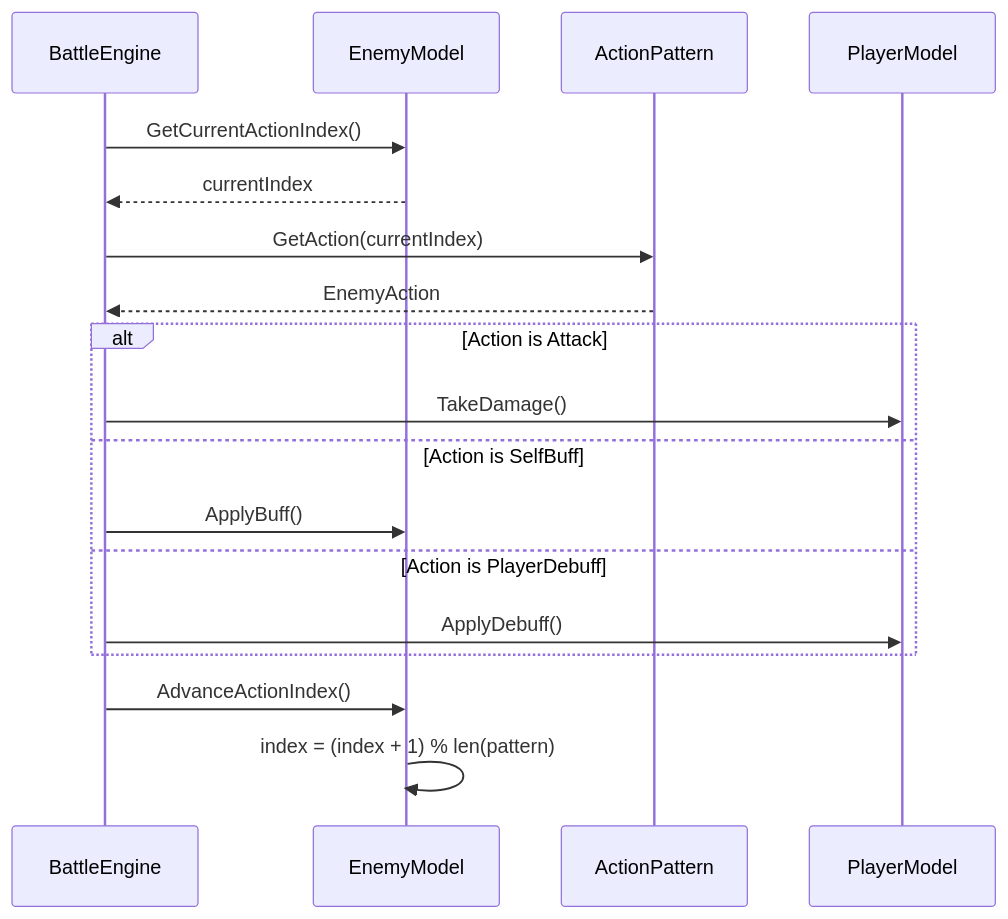
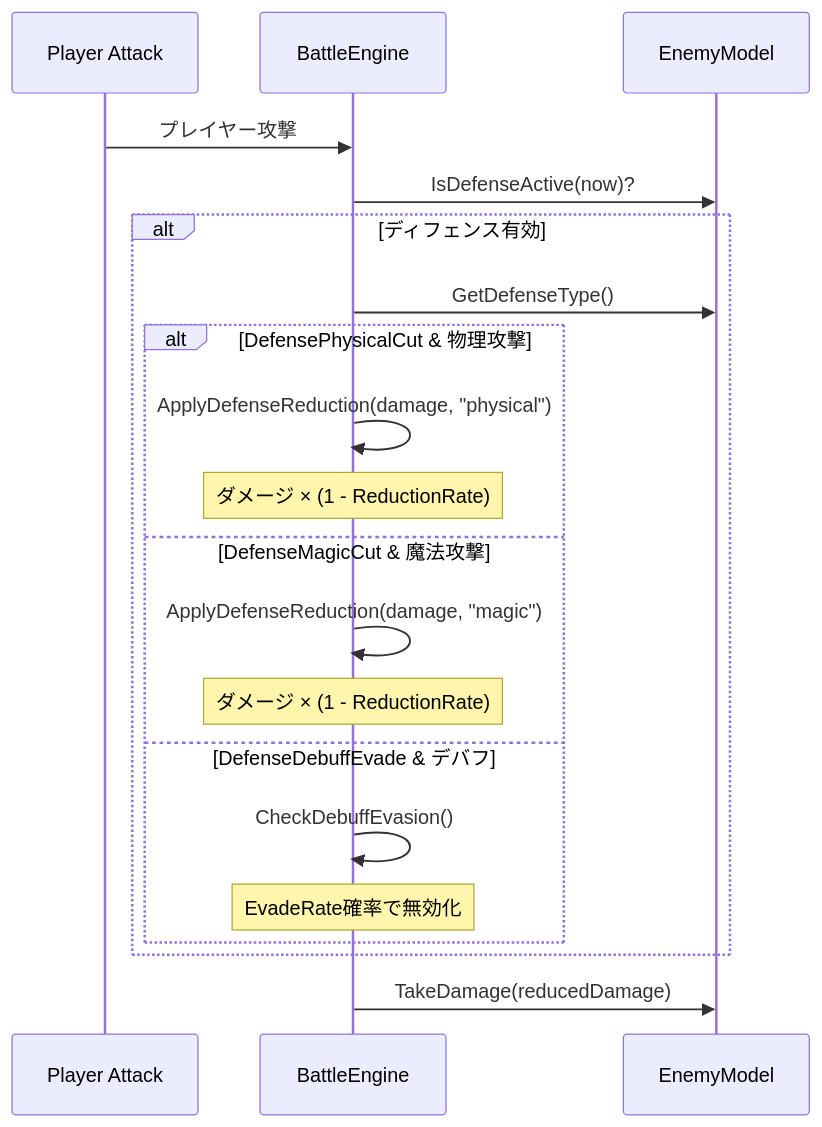
One commit to hirorocky/TypEngQuest changed the fourth of 5 diagrams in .kiro/specs/enemy-level-design/design.md. Above: the diagram before and after it, drawn with Mermaid. The commit also changed other lines of this file, not shown here.

First line of the commit message:
docs(enemy-level-design): design.md を現在の実装に合わせて更新

````diff
--- a/.kiro/specs/enemy-level-design/design.md
+++ b/.kiro/specs/enemy-level-design/design.md
@@ -120,23 +168,25 @@
 ```mermaid
 sequenceDiagram
+    participant Player as Player Attack
     participant Battle as BattleEngine
     participant Enemy as EnemyModel
-    participant Pattern as ActionPattern
-    participant Player as PlayerModel
 
-    Battle->>Enemy: GetCurrentActionIndex()
-    Enemy-->>Battle: currentIndex
-    Battle->>Pattern: GetAction(currentIndex)
-    Pattern-->>Battle: EnemyAction
+    Player->>Battle: プレイヤー攻撃
+    Battle->>Enemy: IsDefenseActive(now)?
 
-    alt Action is Attack
-        Battle->>Player: TakeDamage()
-    else Action is SelfBuff
-        Battle->>Enemy: ApplyBuff()
-    else Action is PlayerDebuff
-        Battle->>Player: ApplyDebuff()
+    alt ディフェンス有効
+        Battle->>Enemy: GetDefenseType()
+        alt DefensePhysicalCut & 物理攻撃
+            Battle->>Battle: ApplyDefenseReduction(damage, "physical")
+            Note over Battle: ダメージ × (1 - ReductionRate)
+        else DefenseMagicCut & 魔法攻撃
+            Battle->>Battle: ApplyDefenseReduction(damage, "magic")
+            Note over Battle: ダメージ × (1 - ReductionRate)
+        else DefenseDebuffEvade & デバフ
+            Battle->>Battle: CheckDebuffEvasion()
+            Note over Battle: EvadeRate確率で無効化
+        end
     end
 
-    Battle->>Enemy: AdvanceActionIndex()
-    Enemy->>Enemy: index = (index + 1) % len(pattern)
+    Battle->>Enemy: TakeDamage(reducedDamage)
 ```
````
